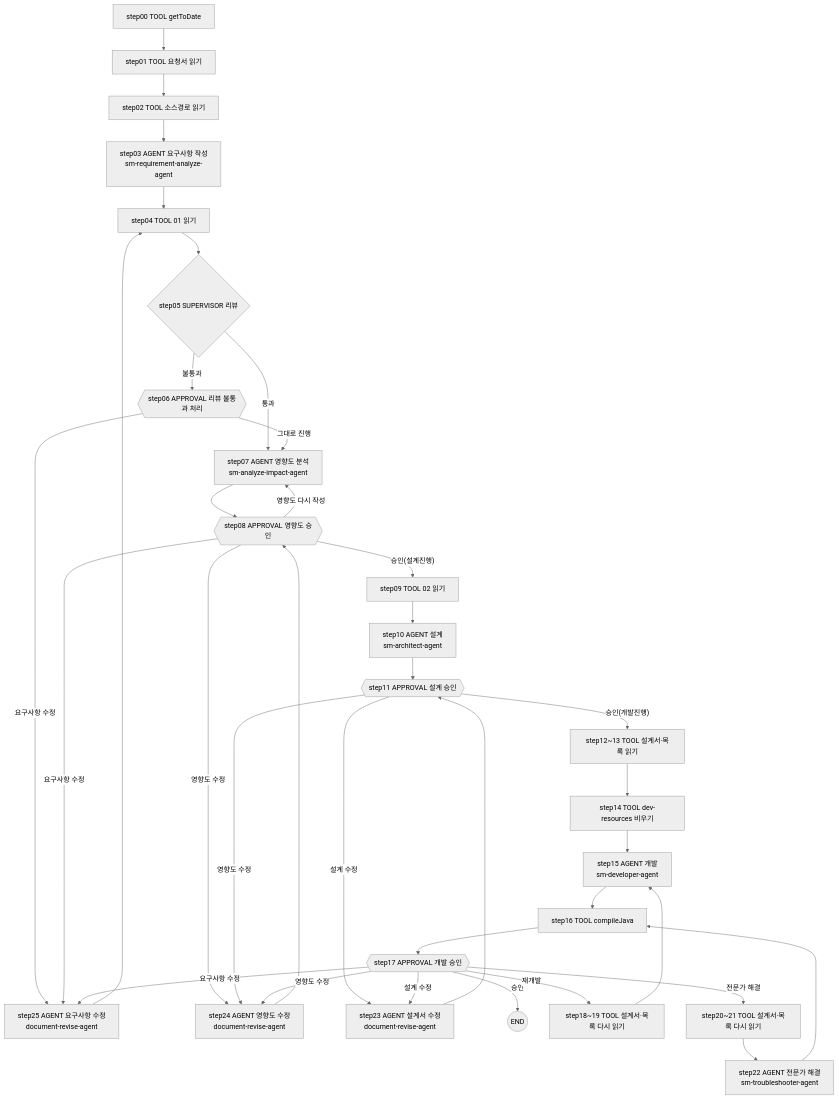
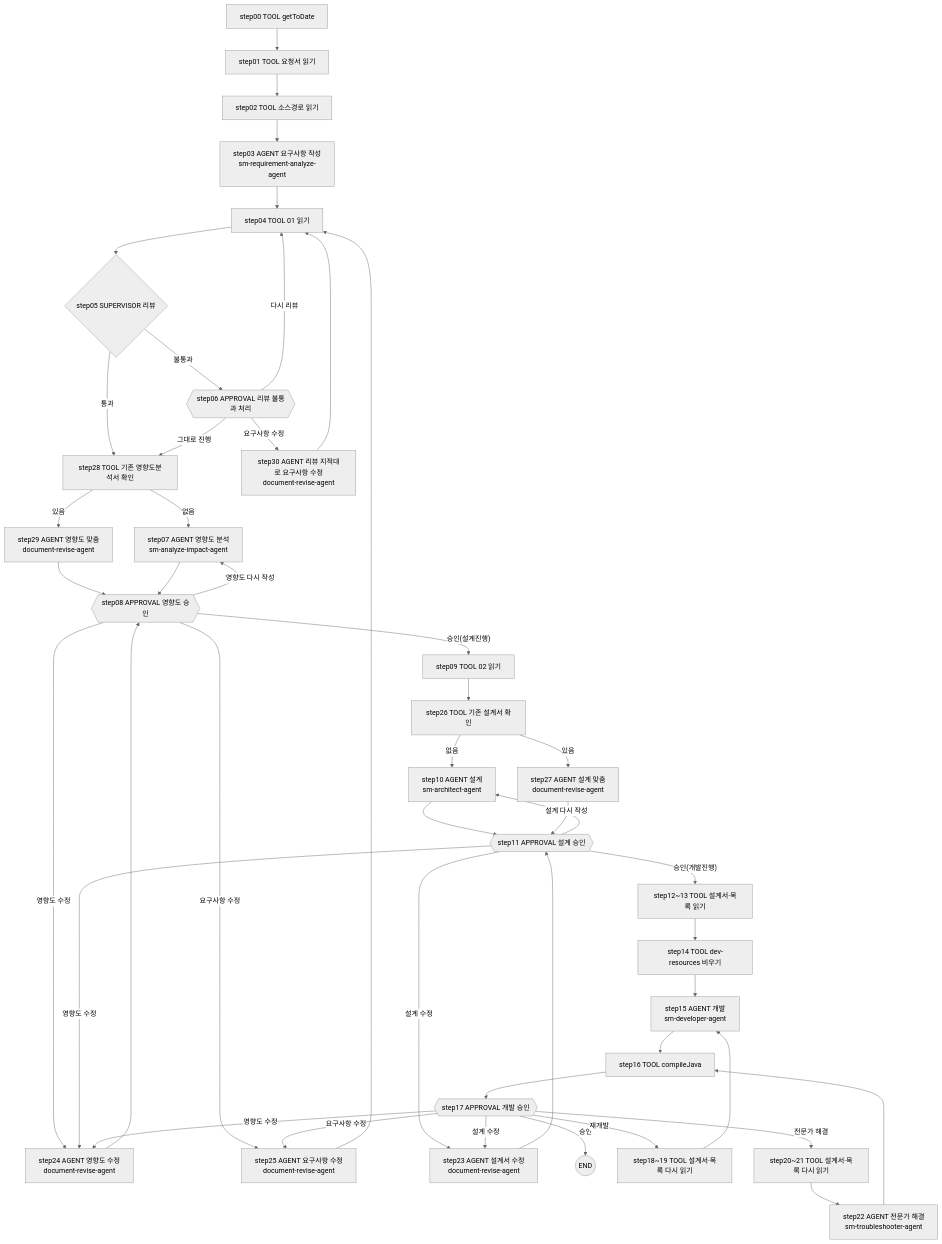
One commit to YongSoekChoeng/dstone changed diagram 11 of 11 in docs/09.dstone-ai-engine.md. Above: the diagram before and after it, drawn with Mermaid (neutral theme). The commit also changed other lines of this file and 13 other files, not shown here.

````diff
--- a/docs/09.dstone-ai-engine.md
+++ b/docs/09.dstone-ai-engine.md
@@ -1154,30 +1155,36 @@
 ```mermaid
 flowchart TD
     S00["step00 TOOL getToDate"] --> S01["step01 TOOL 요청서 읽기"] --> S02["step02 TOOL 소스경로 읽기"]
     S02 --> S03["step03 AGENT 요구사항 작성<br/>sm-requirement-analyze-agent"]
     S03 --> S04["step04 TOOL 01 읽기"] --> S05{"step05 SUPERVISOR 리뷰"}
-    S05 -->|통과| S07
+    S05 -->|통과| S28
     S05 -->|불통과| S06{{"step06 APPROVAL 리뷰 불통과 처리"}}
-    S06 -->|그대로 진행| S07["step07 AGENT 영향도 분석<br/>sm-analyze-impact-agent"]
-    S06 -->|요구사항 수정| S25
+    S06 -->|그대로 진행| S28["step28 TOOL 기존 영향도분석서 확인"]
+    S06 -->|요구사항 수정| S30["step30 AGENT 리뷰 지적대로 요구사항 수정<br/>document-revise-agent"] --> S04
+    S06 -->|다시 리뷰| S04
+    S28 -->|없음| S07["step07 AGENT 영향도 분석<br/>sm-analyze-impact-agent"]
+    S28 -->|있음| S29["step29 AGENT 영향도 맞춤<br/>document-revise-agent"] --> S08
     S07 --> S08{{"step08 APPROVAL 영향도 승인"}}
     S08 -->|"승인(설계진행)"| S09["step09 TOOL 02 읽기"]
     S08 -->|영향도 수정| S24
     S08 -->|영향도 다시 작성| S07
     S08 -->|요구사항 수정| S25
-    S09 --> S10["step10 AGENT 설계<br/>sm-architect-agent"] --> S11{{"step11 APPROVAL 설계 승인"}}
+    S09 --> S26["step26 TOOL 기존 설계서 확인"]
+    S26 -->|없음| S10["step10 AGENT 설계<br/>sm-architect-agent"] --> S11{{"step11 APPROVAL 설계 승인"}}
+    S26 -->|있음| S27["step27 AGENT 설계 맞춤<br/>document-revise-agent"] --> S11
+    S11 -->|설계 다시 작성| S10
     S11 -->|"승인(개발진행)"| S12["step12~13 TOOL 설계서·목록 읽기"]
     S11 -->|설계 수정| S23
     S11 -->|영향도 수정| S24
     S12 --> S14["step14 TOOL dev-resources 비우기"] --> S15["step15 AGENT 개발<br/>sm-developer-agent"]
     S15 --> S16["step16 TOOL compileJava"] --> S17{{"step17 APPROVAL 개발 승인"}}
     S17 -->|승인| END((END))
     S17 -->|재개발| S18["step18~19 TOOL 설계서·목록 다시 읽기"] --> S15
     S17 -->|전문가 해결| S20["step20~21 TOOL 설계서·목록 다시 읽기"] --> S22["step22 AGENT 전문가 해결<br/>sm-troubleshooter-agent"] --> S16
     S17 -->|설계 수정| S23
     S17 -->|영향도 수정| S24
     S17 -->|요구사항 수정| S25
     S23["step23 AGENT 설계서 수정<br/>document-revise-agent"] --> S11
     S24["step24 AGENT 영향도 수정<br/>document-revise-agent"] --> S08
     S25["step25 AGENT 요구사항 수정<br/>document-revise-agent"] --> S04
 ```
````
